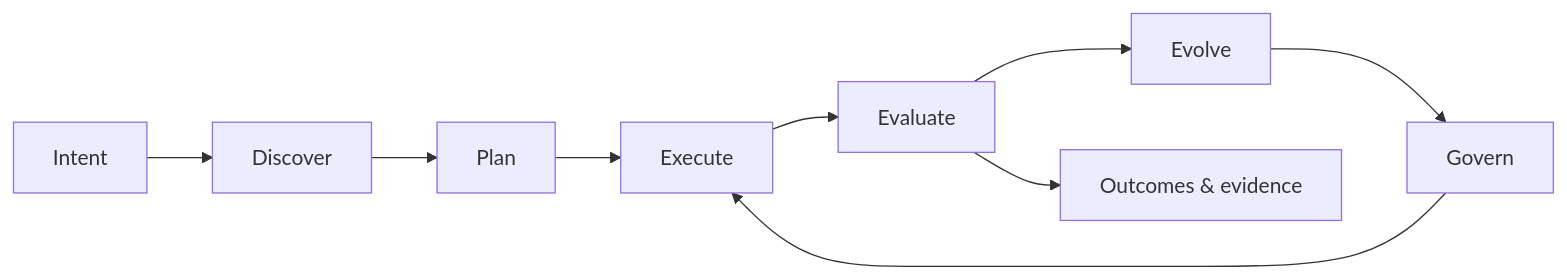
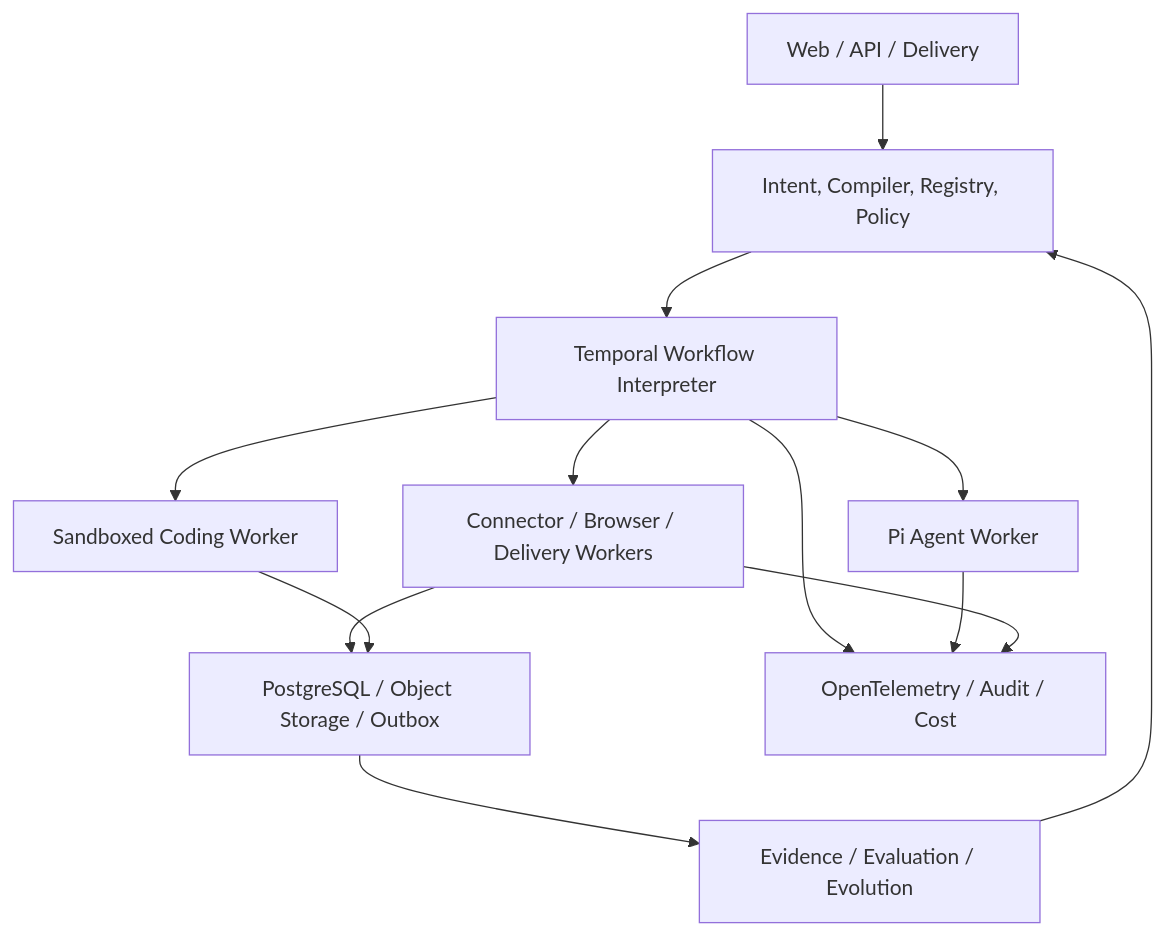
The diagram in README.md (dvlin-dev/LoopEvo), drawn with Mermaid before and after one commit. The commit also changed other lines of this file and 8 other files, not shown here.

Commit message:
docs: define LoopEvo product architecture

````diff
--- a/README.md
+++ b/README.md
@@ -22,11 +86,16 @@
 ```mermaid
-flowchart LR
-    I["Intent"] --> D["Discover"]
-    D --> P["Plan"]
-    P --> X["Execute"]
-    X --> V["Evaluate"]
-    V --> E["Evolve"]
-    E --> G["Govern"]
-    G --> X
-    V --> O["Outcomes & evidence"]
+flowchart TB
+    UX["Web / API / Delivery"] --> CTRL["Intent, Compiler, Registry, Policy"]
+    CTRL --> TEMP["Temporal Workflow Interpreter"]
+    TEMP --> PI["Pi Agent Worker"]
+    TEMP --> CAP["Connector / Browser / Delivery Workers"]
+    TEMP --> CODE["Sandboxed Coding Worker"]
+    DATA["PostgreSQL / Object Storage / Outbox"]
+    CAP --> DATA
+    CODE --> DATA
+    DATA --> EVAL["Evidence / Evaluation / Evolution"]
+    EVAL --> CTRL
+    TEMP --> OBS["OpenTelemetry / Audit / Cost"]
+    PI --> OBS
+    CAP --> OBS
 ```
````
